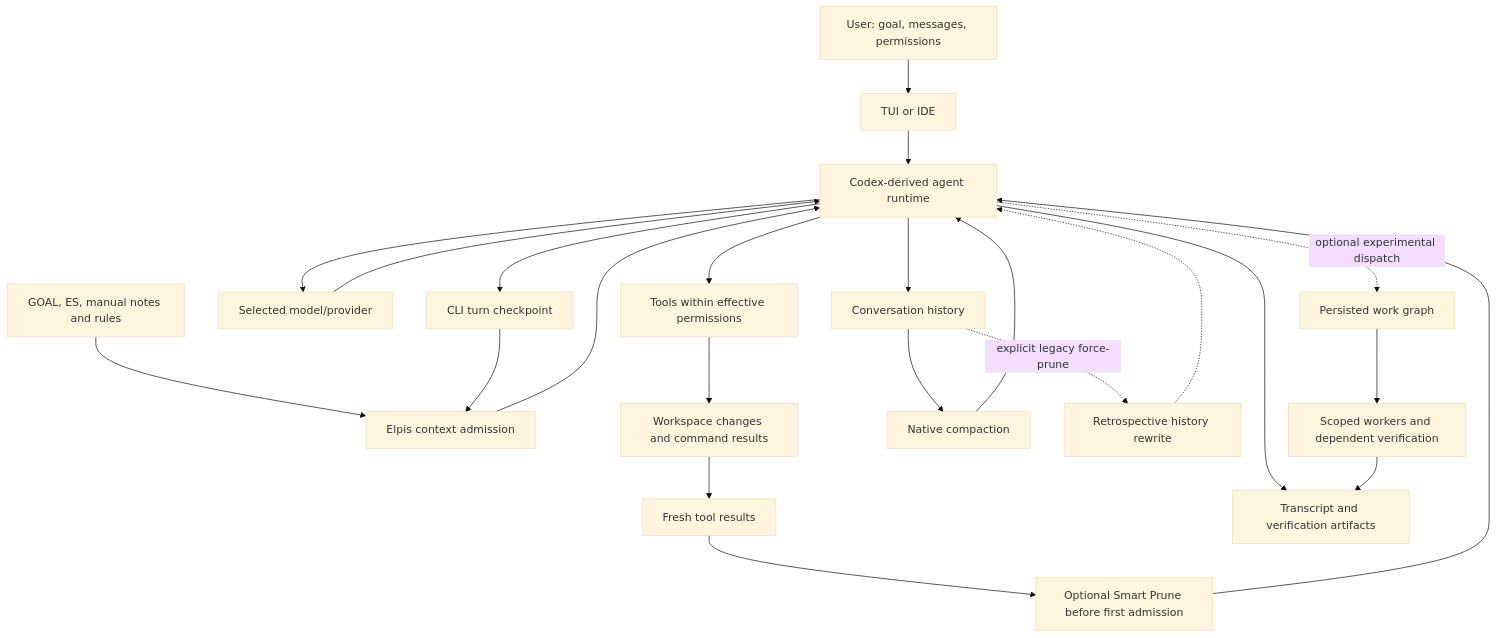
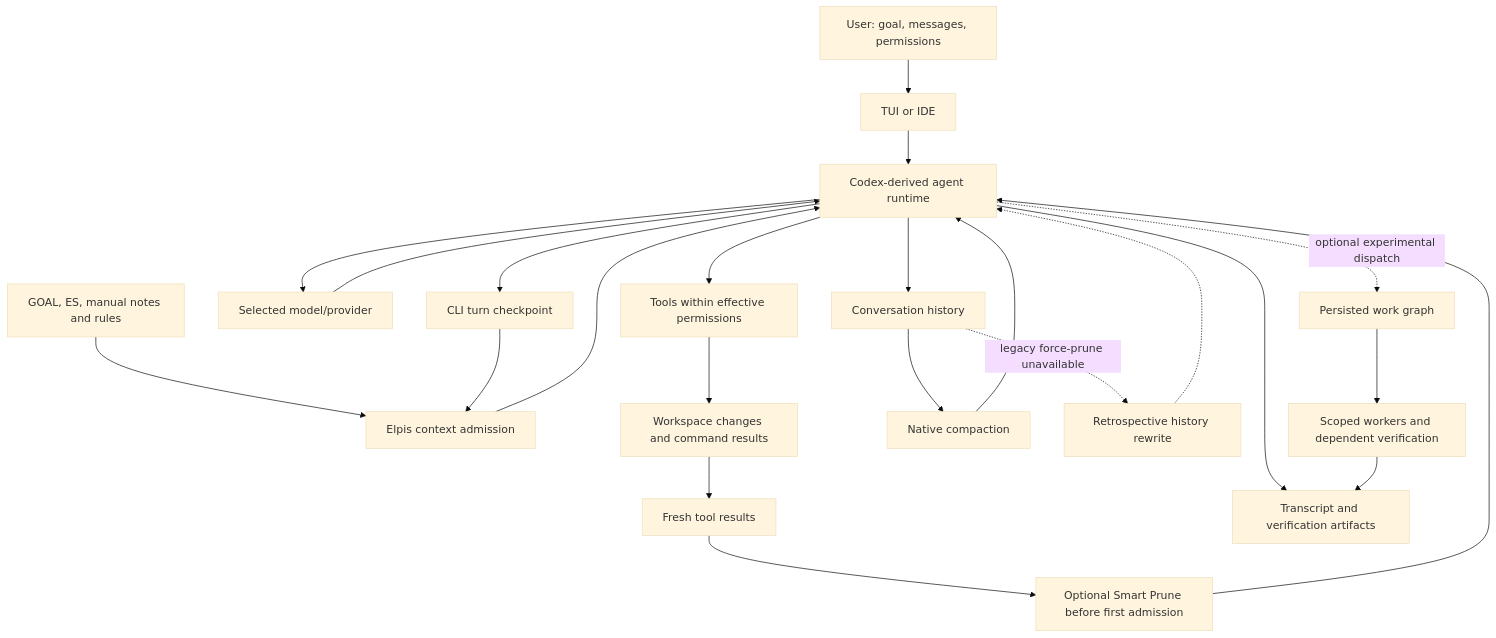
One commit to MasihMoafi/Elpis changed the first of 2 diagrams in docs/context.md. Above: the diagram before and after it, drawn with Mermaid (base theme). The commit also changed other lines of this file and 32 other files, not shown here.

````diff
--- a/docs/context.md
+++ b/docs/context.md
@@ -16,25 +16,25 @@
 ```mermaid
 flowchart TD
     User[User: goal, messages, permissions] --> UI[TUI or IDE]
     UI --> Runtime[Codex-derived agent runtime]
     Sources[GOAL, ES, manual notes and rules] --> Ledger[Elpis context admission]
     Ledger --> Runtime
     Runtime --> Provider[Selected model/provider]
     Provider --> Runtime
     Runtime --> Tools[Tools within effective permissions]
     Tools --> Workspace[Workspace changes and command results]
     Workspace --> Pending[Fresh tool results]
     Pending --> Smart[Optional Smart Prune before first admission]
     Smart --> Runtime
     Runtime --> Evidence[Transcript and verification artifacts]
     Runtime --> Checkpoint[CLI turn checkpoint]
     Checkpoint --> Ledger
     Runtime --> History[Conversation history]
     History --> Compact[Native compaction]
     Compact --> Runtime
-    History -. explicit legacy force-prune .-> Rewrite[Retrospective history rewrite]
+    History -. legacy force-prune unavailable .-> Rewrite[Retrospective history rewrite]
     Rewrite -.-> Runtime
     Runtime -. optional experimental dispatch .-> Graph[Persisted work graph]
     Graph --> Workers[Scoped workers and dependent verification]
     Workers --> Evidence
 ```
````
